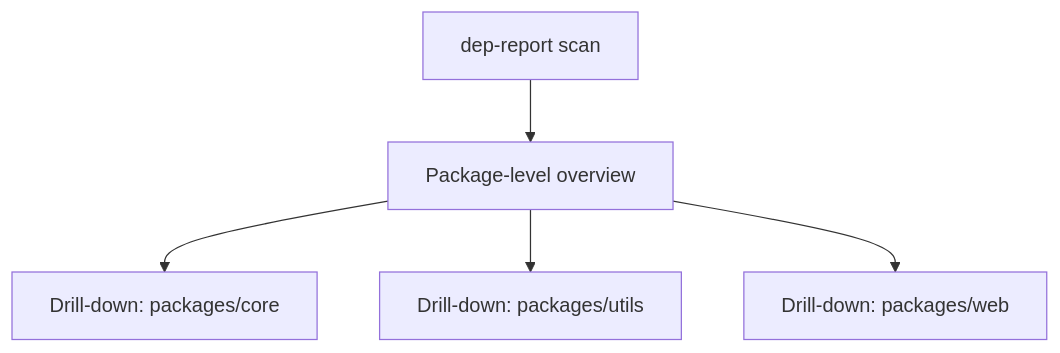
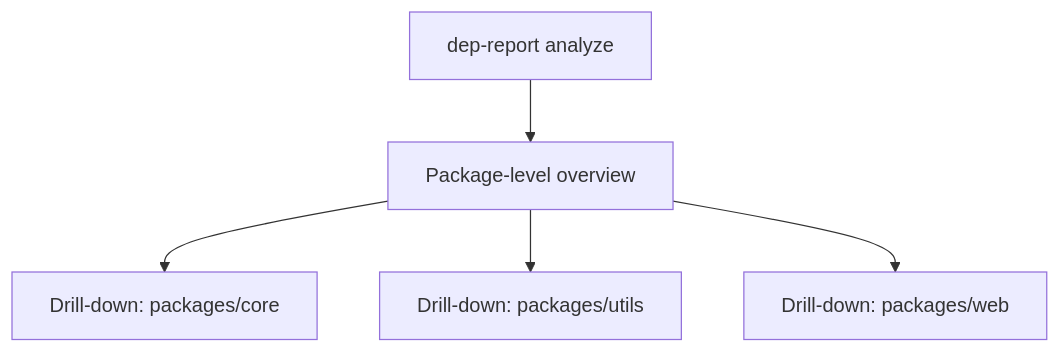
The fourth of 4 diagrams in docs/usage/scenarios.md (fisher-89/dependency-cruiser-reporter), drawn with Mermaid before and after one commit. The commit also changed other lines of this file and 14 other files, not shown here.

First line of the commit message:
refactor(cli): rename scan command to analyze

````diff
--- a/docs/usage/scenarios.md
+++ b/docs/usage/scenarios.md
@@ -96,7 +96,7 @@
 ```mermaid
 flowchart TB
-    Scan["dep-report scan"] --> Overview[Package-level overview]
+    Scan["dep-report analyze"] --> Overview[Package-level overview]
     Overview --> Core[Drill-down: packages/core]
     Overview --> Utils[Drill-down: packages/utils]
     Overview --> Web[Drill-down: packages/web]
 ```
````
